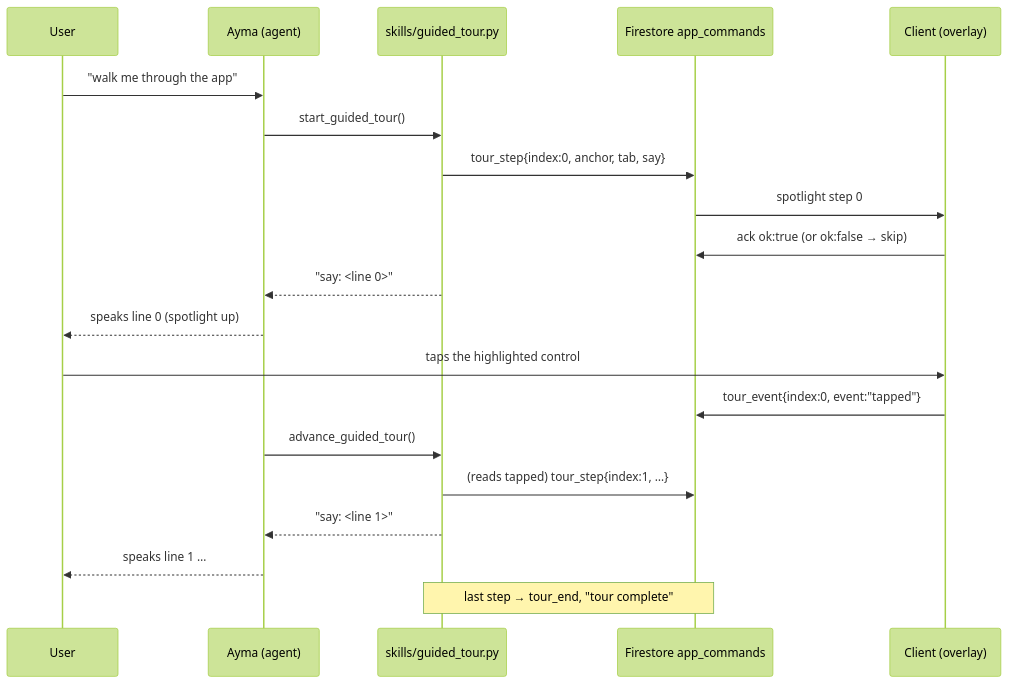
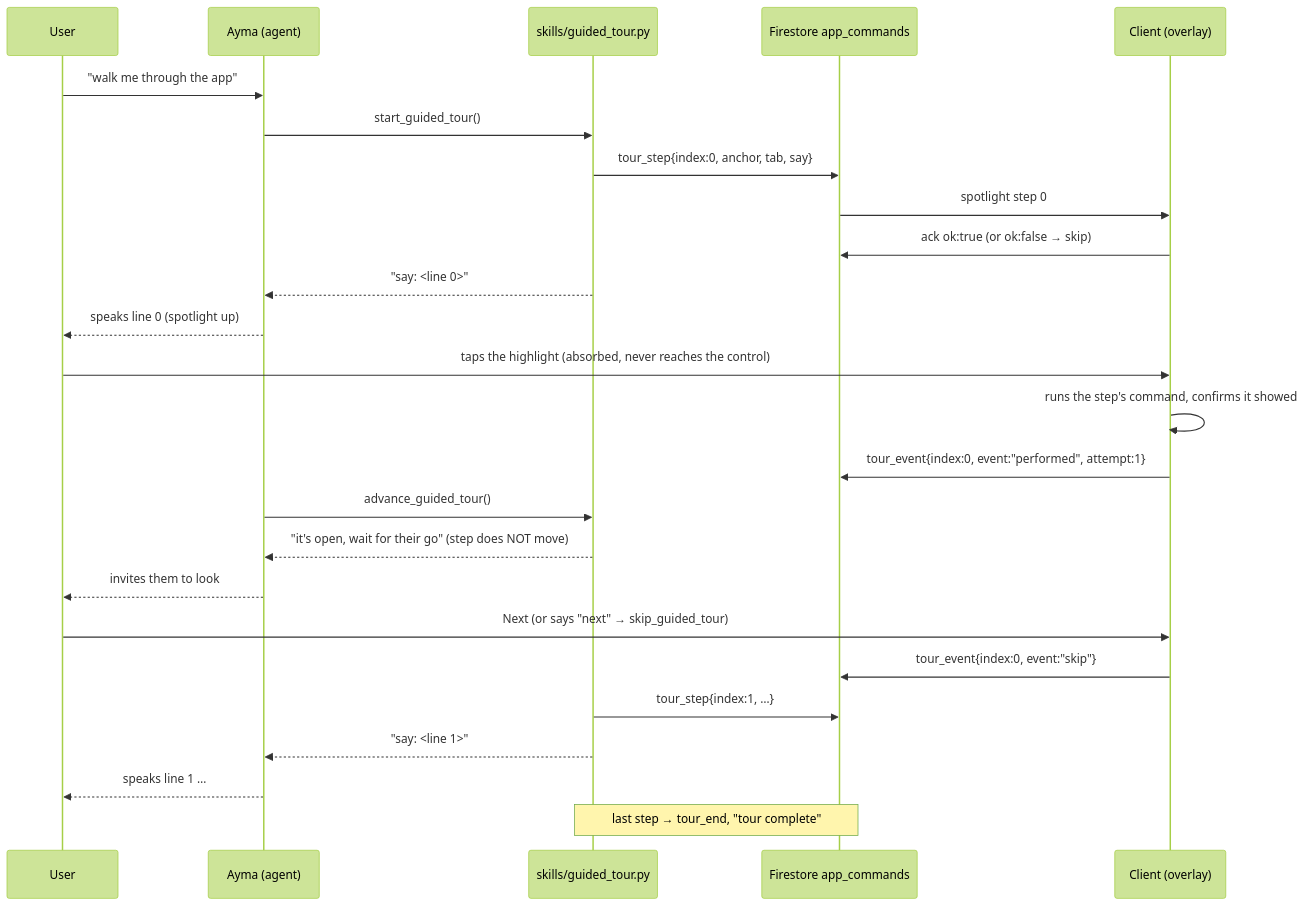
Before and after one commit to suhailps93/ayma-v2: diagram 11 of 15 in docs/ARCHITECTURE.md, drawn with Mermaid (forest theme). The commit also changed other lines of this file and 13 other files, not shown here.

First line of the commit message:
Guided tour: Ayma performs each step and the user sets the pace

````diff
--- a/docs/ARCHITECTURE.md
+++ b/docs/ARCHITECTURE.md
@@ -1777,22 +1778,27 @@
 ```mermaid
 sequenceDiagram
     participant U as User
     participant A as Ayma (agent)
     participant S as skills/guided_tour.py
     participant F as Firestore app_commands
     participant C as Client (overlay)
     U->>A: "walk me through the app"
     A->>S: start_guided_tour()
     S->>F: tour_step{index:0, anchor, tab, say}
     F->>C: spotlight step 0
     C->>F: ack ok:true (or ok:false → skip)
     S-->>A: "say: <line 0>"
     A-->>U: speaks line 0 (spotlight up)
-    U->>C: taps the highlighted control
-    C->>F: tour_event{index:0, event:"tapped"}
+    U->>C: taps the highlight (absorbed, never reaches the control)
+    C->>C: runs the step's command, confirms it showed
+    C->>F: tour_event{index:0, event:"performed", attempt:1}
     A->>S: advance_guided_tour()
-    S->>F: (reads tapped) tour_step{index:1, …}
+    S-->>A: "it's open, wait for their go" (step does NOT move)
+    A-->>U: invites them to look
+    U->>C: Next (or says "next" → skip_guided_tour)
+    C->>F: tour_event{index:0, event:"skip"}
+    S->>F: tour_step{index:1, …}
     S-->>A: "say: <line 1>"
     A-->>U: speaks line 1 …
     Note over S,F: last step → tour_end, "tour complete"
 ```
````
